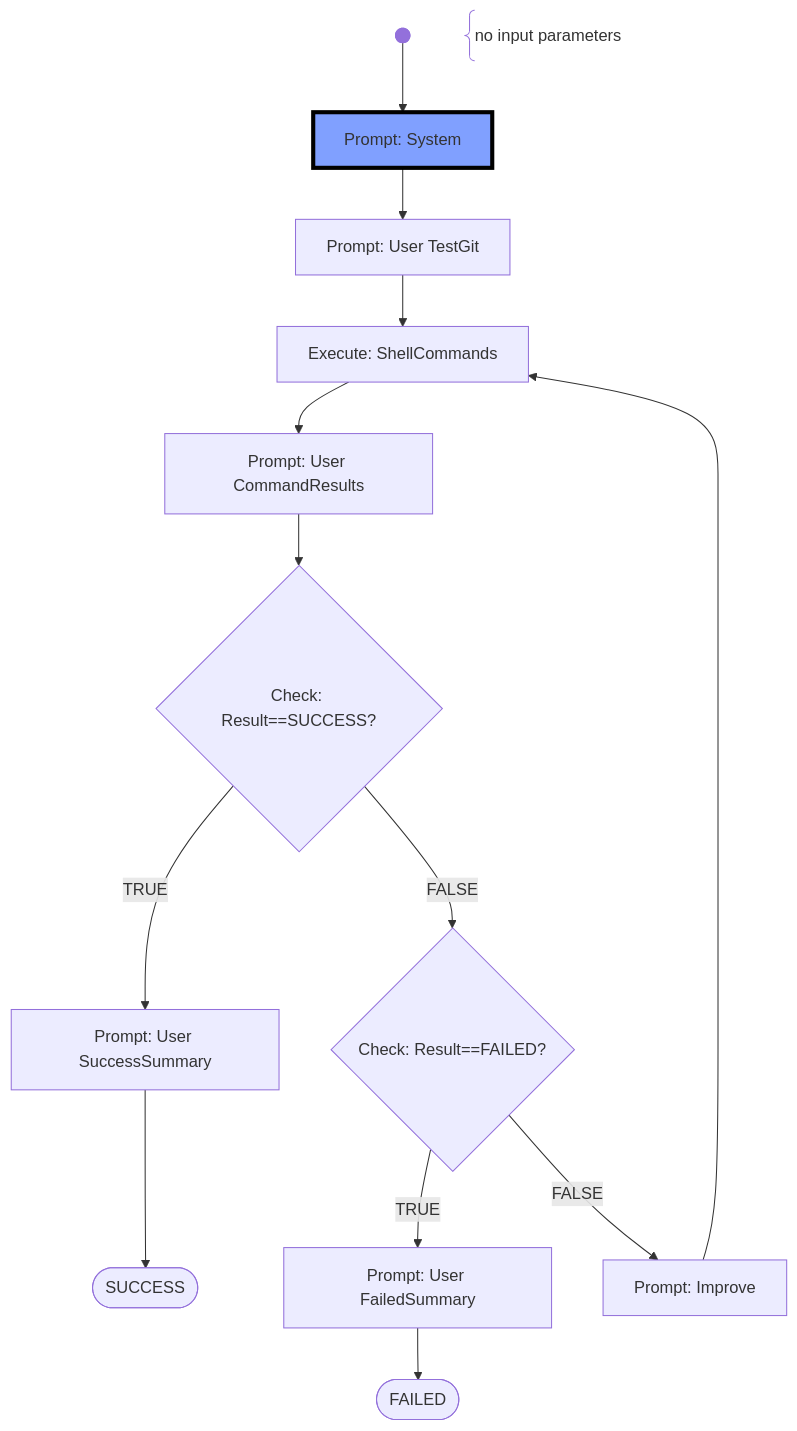
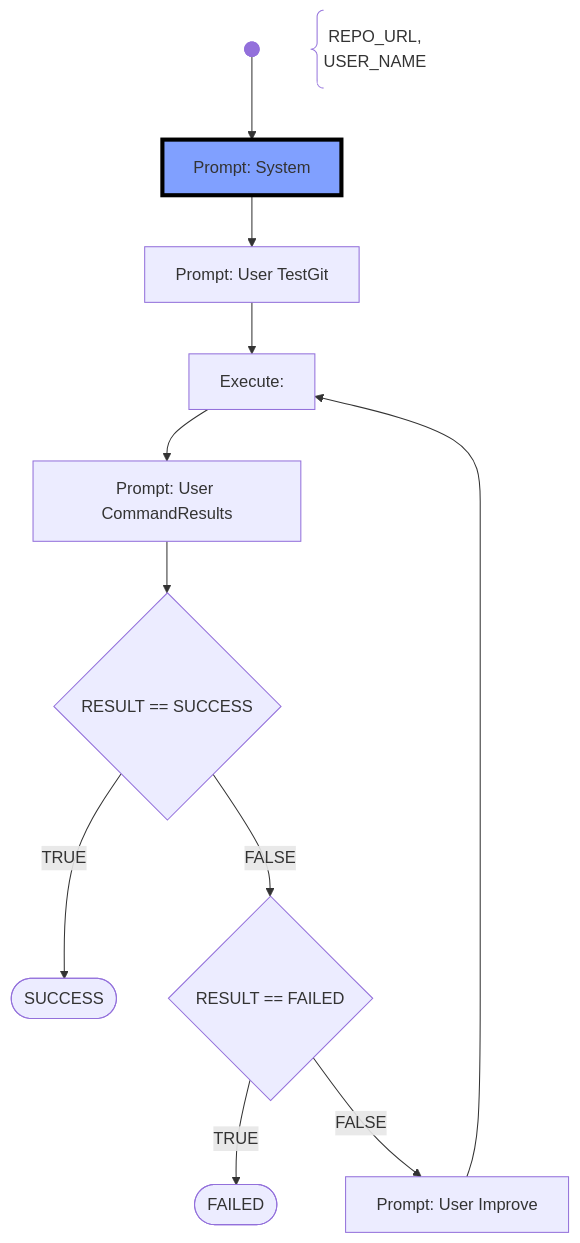
Before and after one commit to BernLeWal/AICodeMentor: the second of 2 diagrams in docs/workflow.md, drawn with Mermaid. The commit also changed other lines of this file and 8 other files, not shown here.

````diff
--- a/docs/workflow.md
+++ b/docs/workflow.md
@@ -66,26 +67,23 @@
 ```mermaid
 flowchart TD
     START@{ shape: f-circ, label:"start"} --> PROMPT_SYSTEM
-    START_COMMENT@{ shape: comment, label: "no input parameters"}
+    PARAMS@{ shape: comment, label: "REPO_URL, \nUSER_NAME"}
 
     PROMPT_SYSTEM[Prompt: System] --> PROMPT_TESTGIT
     PROMPT_TESTGIT[Prompt: User TestGit] --> EXECUTE_OUTPUT
-    EXECUTE_OUTPUT[Execute: ShellCommands] --> PROMPT_CMDRESULTS
+    EXECUTE_OUTPUT[Execute: ] --> PROMPT_CMDRESULTS
 
-    PROMPT_CMDRESULTS[Prompt: User CommandResults] --> CHECKRESULT_SUCCESS{Check: Result==SUCCESS?}
-    CHECKRESULT_SUCCESS --> |TRUE| PROMPT_SUCCESS_SUMMARY
-    CHECKRESULT_SUCCESS --> |FALSE| CHECKRESULT_FAILED{Check: Result==FAILED?} 
+    PROMPT_CMDRESULTS[Prompt: User CommandResults] --> CHECK_RESULT_SUCCESS{RESULT == SUCCESS}
+    CHECK_RESULT_SUCCESS --> |TRUE| SUCCESS
+    CHECK_RESULT_SUCCESS --> |FALSE| CHECK_RESULT_FAILED{RESULT == FAILED} 
 
-    CHECKRESULT_FAILED --> |TRUE| PROMPT_FAIL_SUMMARY
-    CHECKRESULT_FAILED --> |FALSE| PROMPT_IMPROVE
+    CHECK_RESULT_FAILED --> |TRUE| FAILED
+    CHECK_RESULT_FAILED --> |FALSE| PROMPT_IMPROVE
 
-    PROMPT_SUCCESS_SUMMARY[Prompt: User SuccessSummary] --> SUCCESS
-    PROMPT_FAIL_SUMMARY[Prompt: User FailedSummary] --> FAILED
-
-    PROMPT_IMPROVE[Prompt: Improve] --> EXECUTE_OUTPUT
+    PROMPT_IMPROVE[Prompt: User Improve] --> EXECUTE_OUTPUT
     
     SUCCESS@{ shape: stadium  }
     FAILED@{ shape: stadium }
 
     style PROMPT_SYSTEM stroke:#000,stroke-width:4px,fill:#80a0ff
 ```
````
